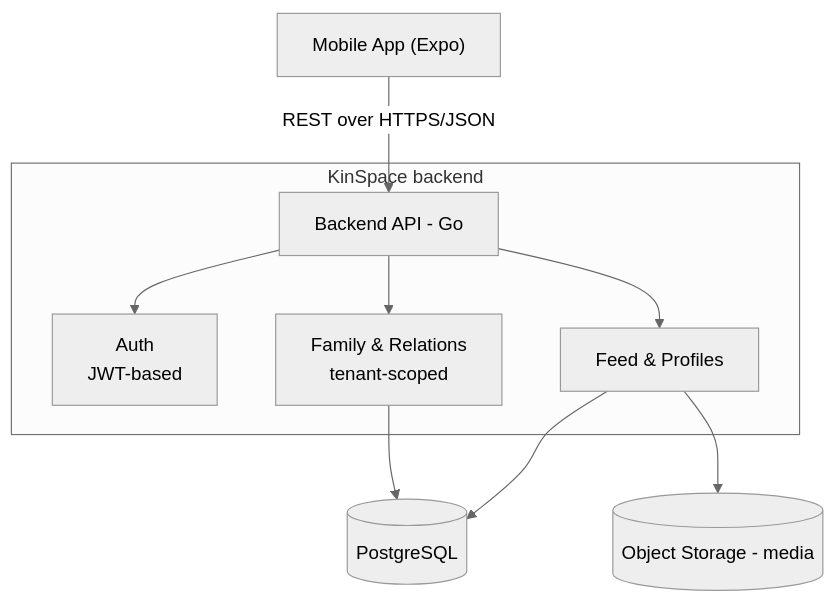
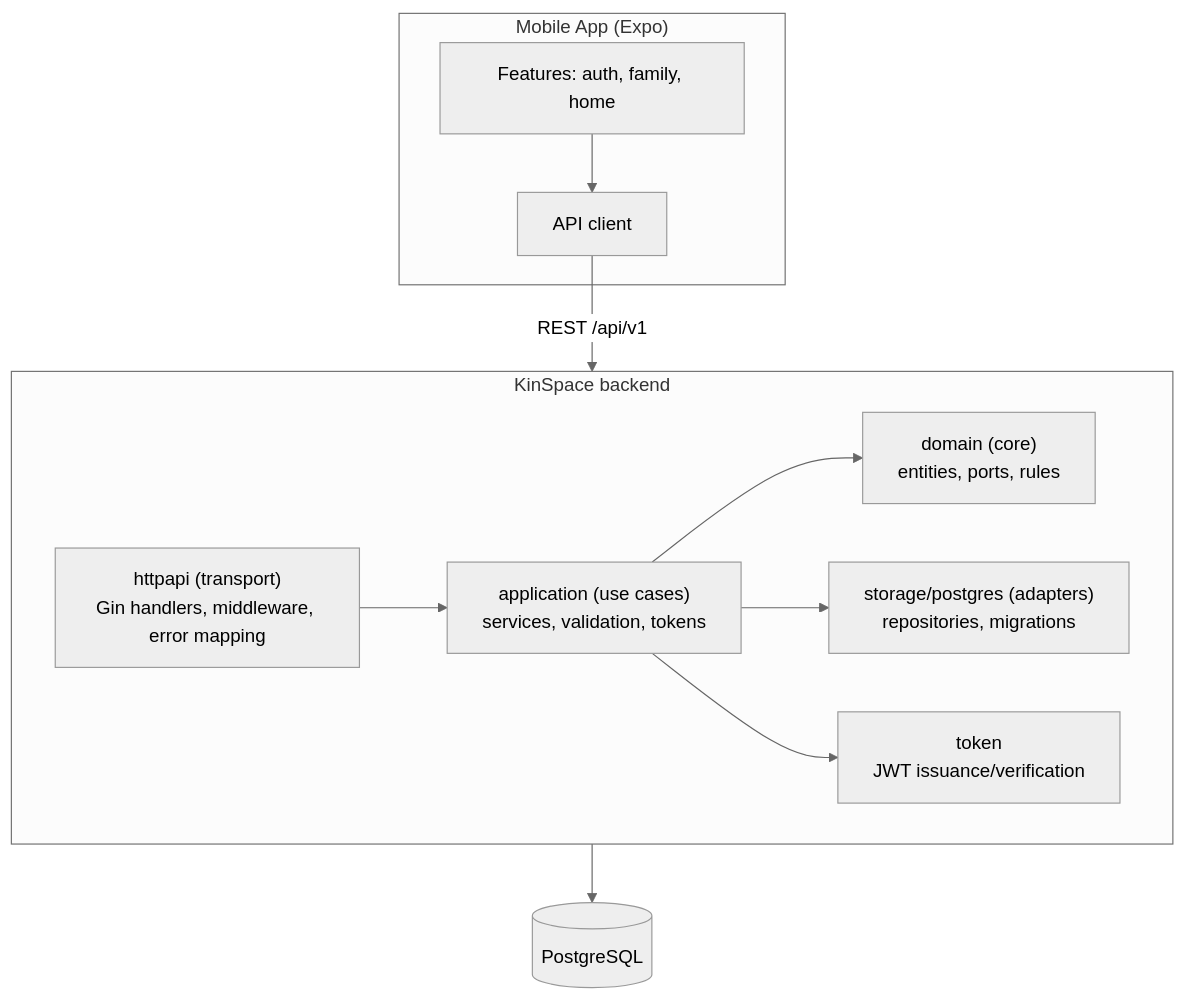
Before and after one commit to Fabien-Halaby/kinspace: the diagram in README.md, drawn with Mermaid (neutral theme). The commit also changed other lines of this file and 50 other files, not shown here.

Commit message:
refactor(backend): hexagonal architecture with tests, CI and tooling

````diff
--- a/README.md
+++ b/README.md
@@ -72,14 +75,22 @@
 ```mermaid
 flowchart TD
-    A["Mobile App (Expo)"] -->|REST over HTTPS/JSON| B[Backend API - Go]
-
-    subgraph KinSpace["KinSpace backend"]
-        B --> C["Auth<br/>JWT-based"]
-        B --> D["Family & Relations<br/>tenant-scoped"]
-        B --> E["Feed & Profiles"]
+    subgraph Mobile["Mobile App (Expo)"]
+        M[Features: auth, family, home]
+        M --> C[API client]
     end
 
-    D --> F[(PostgreSQL)]
-    E --> F
-    E --> G[(Object Storage - media)]
+    subgraph API["KinSpace backend"]
+        direction LR
+        H["httpapi (transport)<br/>Gin handlers, middleware, error mapping"]
+        A["application (use cases)<br/>services, validation, tokens"]
+        D["domain (core)<br/>entities, ports, rules"]
+        S["storage/postgres (adapters)<br/>repositories, migrations"]
+        T["token<br/>JWT issuance/verification"]
+    end
+
+    C -->|REST /api/v1| H
+    H --> A --> D
+    A --> S
+    A --> T
+    S --> DB[(PostgreSQL)]
 ```
````
